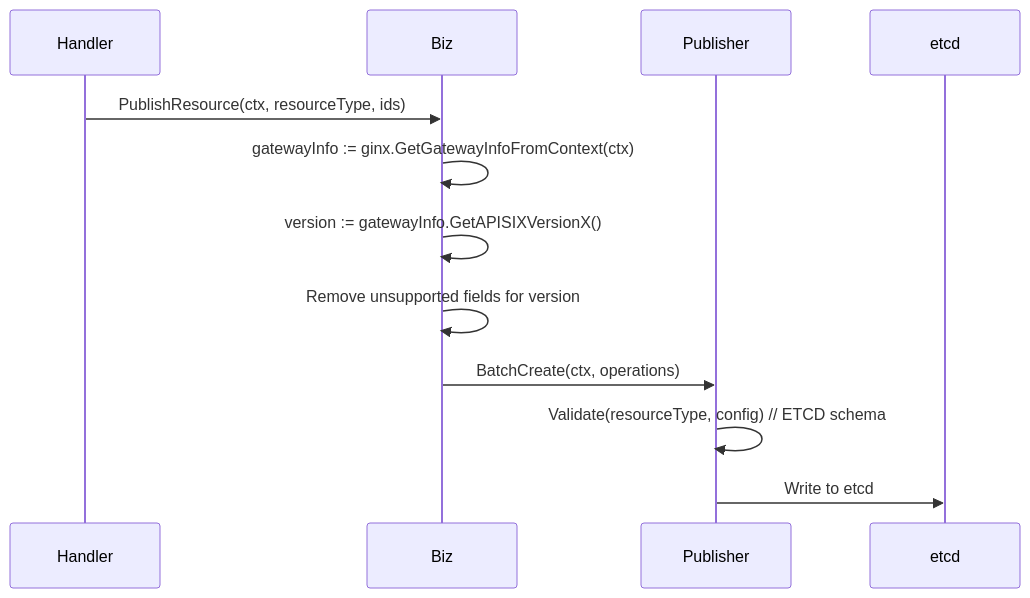
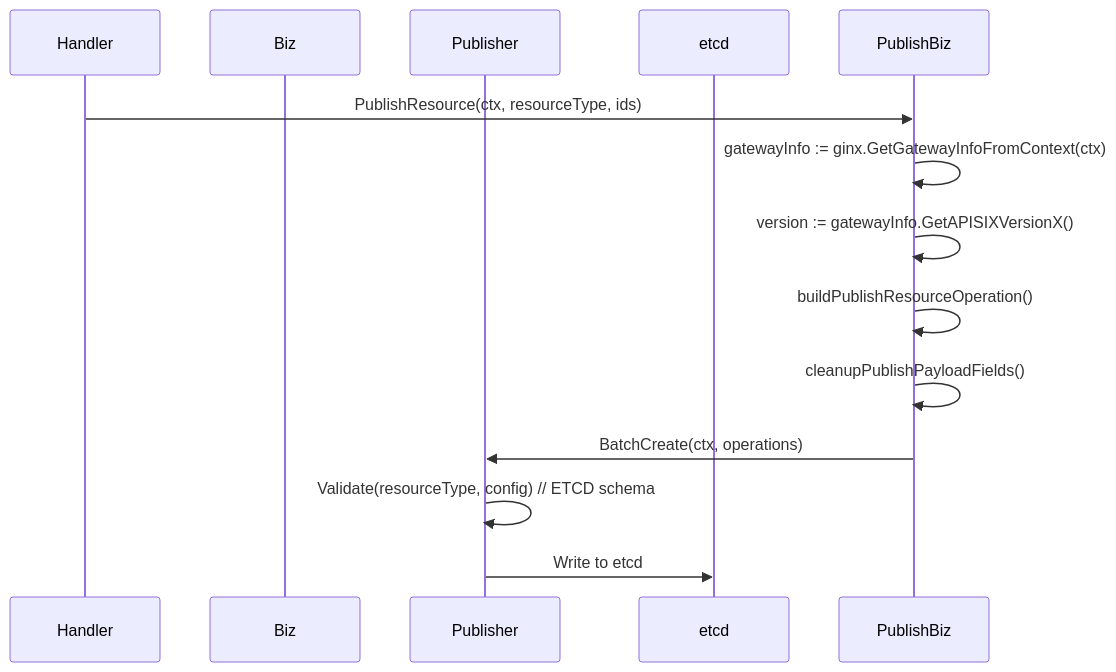
One commit to TencentBlueKing/blueking-micro-apigateway changed the third of 3 diagrams in src/apiserver/AGENTS.md. Above: the diagram before and after it, drawn with Mermaid. The commit also changed other lines of this file, not shown here.

````diff
--- a/src/apiserver/AGENTS.md
+++ b/src/apiserver/AGENTS.md
@@ -270,15 +349,16 @@
 ```mermaid
 sequenceDiagram
     participant Handler
     participant Biz
     participant Publisher
     participant etcd
 
-    Handler->>Biz: PublishResource(ctx, resourceType, ids)
-    Biz->>Biz: gatewayInfo := ginx.GetGatewayInfoFromContext(ctx)
-    Biz->>Biz: version := gatewayInfo.GetAPISIXVersionX()
-    Biz->>Biz: Remove unsupported fields for version
-    Biz->>Publisher: BatchCreate(ctx, operations)
+    Handler->>PublishBiz: PublishResource(ctx, resourceType, ids)
+    PublishBiz->>PublishBiz: gatewayInfo := ginx.GetGatewayInfoFromContext(ctx)
+    PublishBiz->>PublishBiz: version := gatewayInfo.GetAPISIXVersionX()
+    PublishBiz->>PublishBiz: buildPublishResourceOperation()
+    PublishBiz->>PublishBiz: cleanupPublishPayloadFields()
+    PublishBiz->>Publisher: BatchCreate(ctx, operations)
     Publisher->>Publisher: Validate(resourceType, config) // ETCD schema
     Publisher->>etcd: Write to etcd
 ```
````
